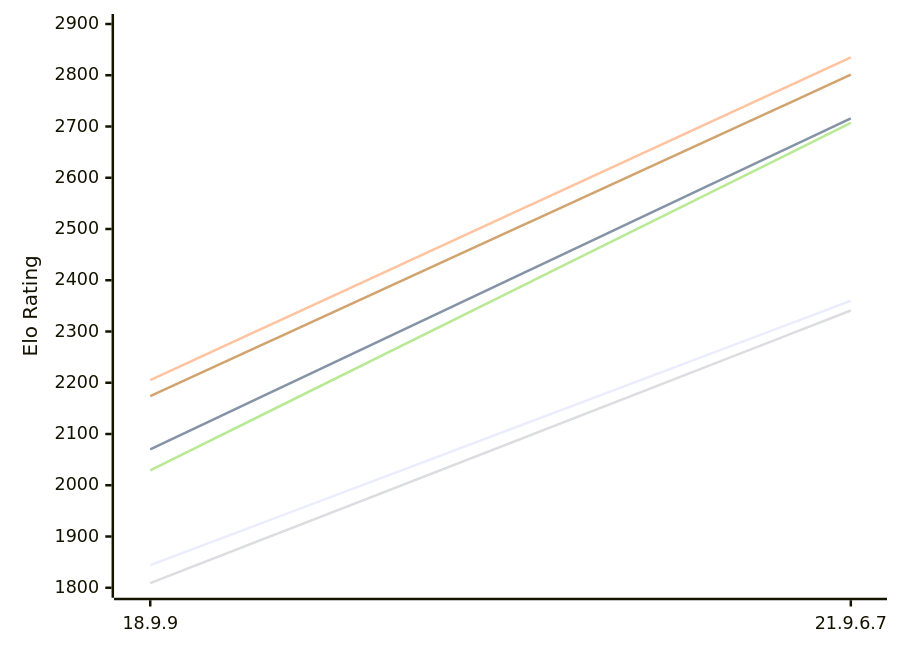
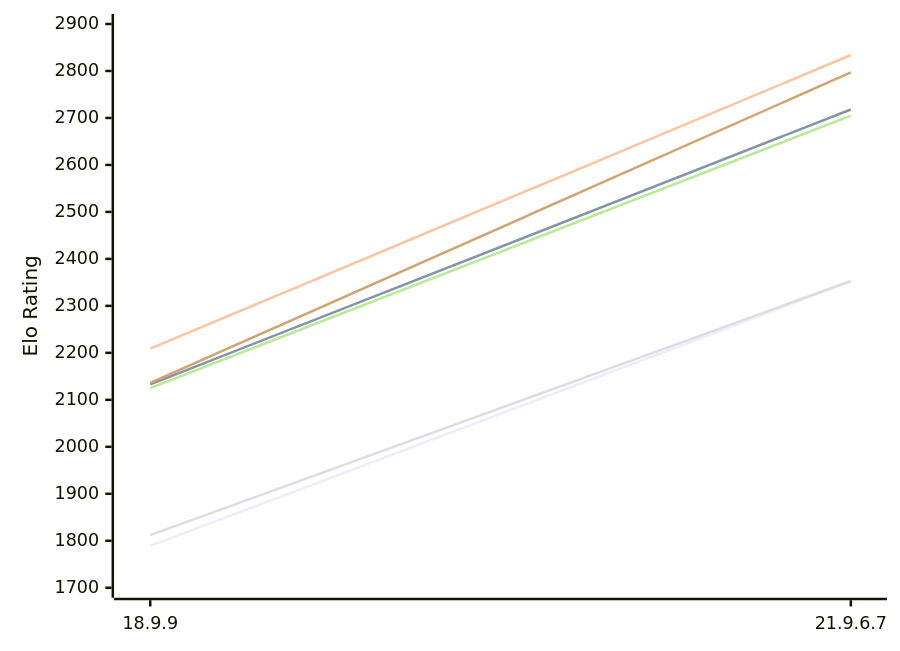
Before and after one commit to computer-chess-index/cci: the diagram in engines/RuthIron.md, drawn with Mermaid. The commit also changed other lines of this file, not shown here.

Commit message:
Update CCI Ratings (ELO VLTC) - 2026-11-15

````diff
--- a/engines/RuthIron.md
+++ b/engines/RuthIron.md
@@ -49,12 +49,12 @@
 ```mermaid
 %%{init: {"theme":"base","themeVariables":{"seriesColors:['#a3a3a3','#222221','#faa371']}}}%%
 xychart-beta
   x-axis ["18.9.9", "21.9.6.7"]
-  y-axis "Elo Rating" 1800 --> 2900
-  line "E1: STC (8.0+0.08s)" [1844, 2360]
-  line "E1: LTC (60.0+0.60s)" [2070, 2716]
-  line "E1: VLTC (2m24s+1.12s)" [2205, 2835]
-  line "P1: STC (8.0+0.08s)" [1809, 2341]
-  line "P1: LTC (60.0+0.60s)" [2029, 2707]
-  line "P1: VLTC (2m24s+1.12s)" [2174, 2801]
+  y-axis "Elo Rating" 1700 --> 2900
+  line "E1: STC (8.0+0.08s)" [1789, 2352]
+  line "E1: LTC (60.0+0.60s)" [2133, 2718]
+  line "E1: VLTC (2m24s+1.12s)" [2209, 2834]
+  line "P1: STC (8.0+0.08s)" [1812, 2353]
+  line "P1: LTC (60.0+0.60s)" [2125, 2705]
+  line "P1: VLTC (2m24s+1.12s)" [2136, 2797]
 ```
````
